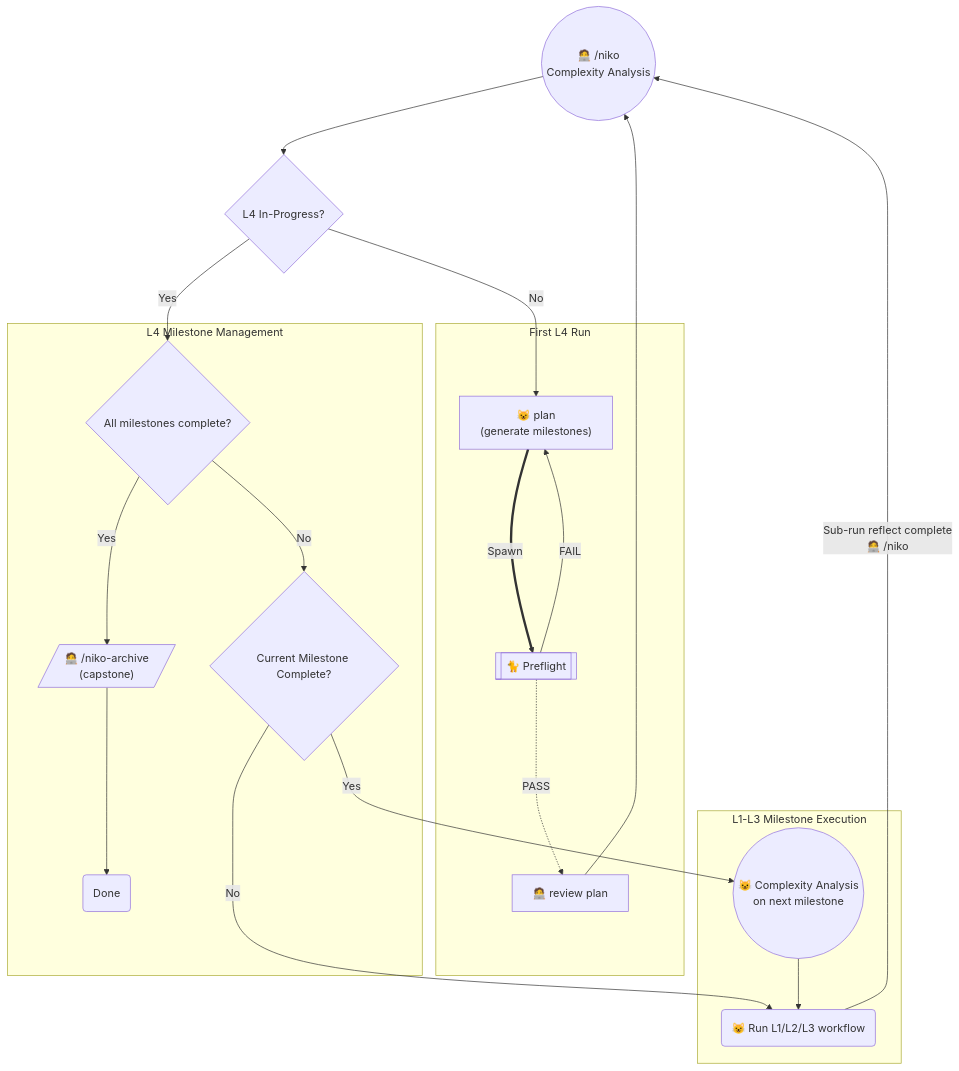
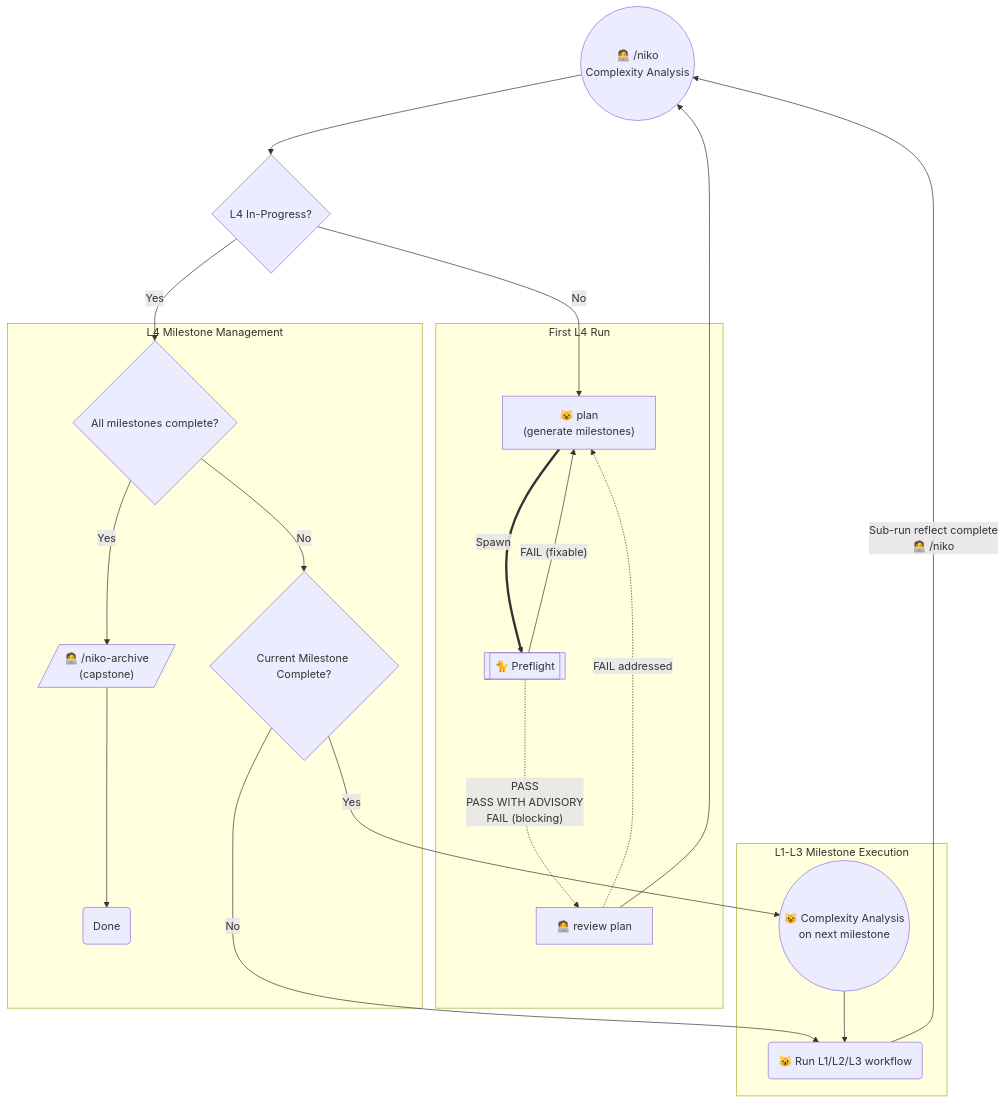
One commit to Texarkanine/.cursor-rules changed the sixth of 6 diagrams in rulesets/niko/README.md. Above: the diagram before and after it, drawn with Mermaid. The commit also changed other lines of this file and 9 other files, not shown here.

Commit message:
feat(niko): four-way Preflight results and change-detector strike [#114] (#115)

````diff
--- a/rulesets/niko/README.md
+++ b/rulesets/niko/README.md
@@ -244,43 +274,45 @@
 ```mermaid
 graph TD
 
     Start(("🧑‍💻 /niko<br>Complexity Analysis"))
     CheckIfMilestones{"L4 In-Progress?"}
 
     subgraph Init["First L4 Run"]
         NikoPlan["😺 plan<br>(generate milestones)"]
         ManualReview["🧑‍💻 review plan"]
-        NikoPlan ==Spawn==> NikoPreflight[["🐈 Preflight"]]
-        NikoPreflight -->|"FAIL"| NikoPlan
-        NikoPreflight -.->|"PASS"| ManualReview
+		NikoPlan ==Spawn==> NikoPreflight[["🐈 Preflight"]]
+        NikoPreflight -.->|"PASS<br>PASS WITH ADVISORY<br>FAIL (blocking)"| ManualReview
+        NikoPreflight -->|"FAIL (fixable)"| NikoPlan
+        ManualReview -.->|FAIL addressed| NikoPlan
+        
     end
 
     subgraph ReEntry["L4 Milestone Management"]
         CheckMilestoneCompletion{"All milestones complete?"}
         Capstone[/"🧑‍💻 /niko-archive<br>(capstone)"/]
         Capstone -->Done("Done")
         PrevDone{"Current Milestone Complete?"}
     end
 
     subgraph SubWorkflow["L1-L3 Milestone Execution"]
         NextSub(("😺 Complexity Analysis<br>on next milestone"))
         SubRun("😺 Run L1/L2/L3 workflow")
     end
 
     Start --> CheckIfMilestones
 
     CheckIfMilestones -->|"No"| NikoPlan
 
     ManualReview --> Start
 
     CheckIfMilestones -->|"Yes"| CheckMilestoneCompletion
     CheckMilestoneCompletion -->|"Yes"| Capstone
 
     CheckMilestoneCompletion -->|"No"| PrevDone
     PrevDone --"Yes"--> NextSub
 
     PrevDone --"No"--> SubRun
 
     NextSub --> SubRun
     SubRun -->|"Sub-run reflect complete<br>🧑‍💻 /niko"| Start
 ```
````
